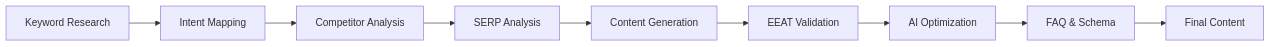
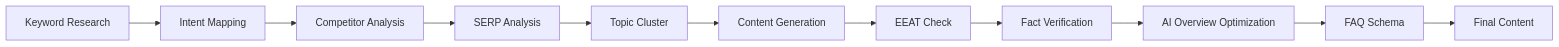
The second of 4 diagrams in README.md (ajit-gif/btw-group-ai-skills), drawn with Mermaid before and after one commit. The commit also changed other lines of this file, not shown here.

````diff
--- a/README.md
+++ b/README.md
@@ -40,11 +97,14 @@
 ```mermaid
 flowchart LR
-A[Keyword Research] --> B[Intent Mapping]
-B --> C[Competitor Analysis]
-C --> D[SERP Analysis]
-D --> E[Content Generation]
-E --> F[EEAT Validation]
-F --> G[AI Optimization]
-G --> H[FAQ & Schema]
-H --> I[Final Content]
+A[Keyword Research]
+--> B[Intent Mapping]
+--> C[Competitor Analysis]
+--> D[SERP Analysis]
+--> E[Topic Cluster]
+--> F[Content Generation]
+--> G[EEAT Check]
+--> H[Fact Verification]
+--> I[AI Overview Optimization]
+--> J[FAQ Schema]
+--> K[Final Content]
 ```
````
